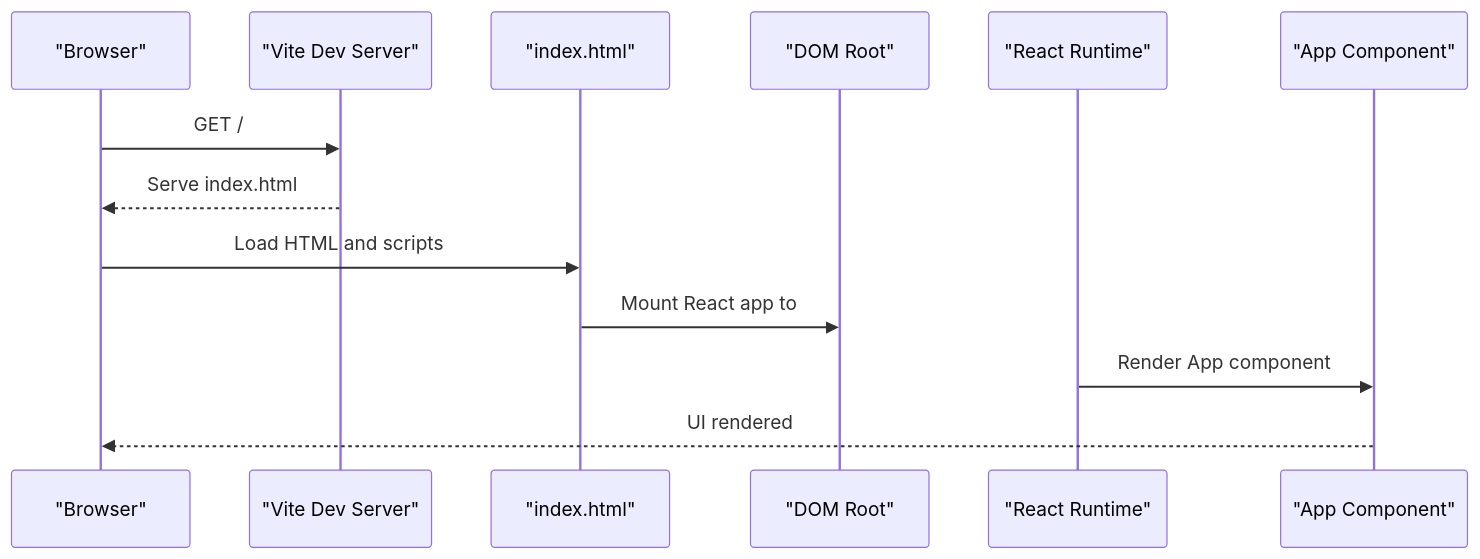
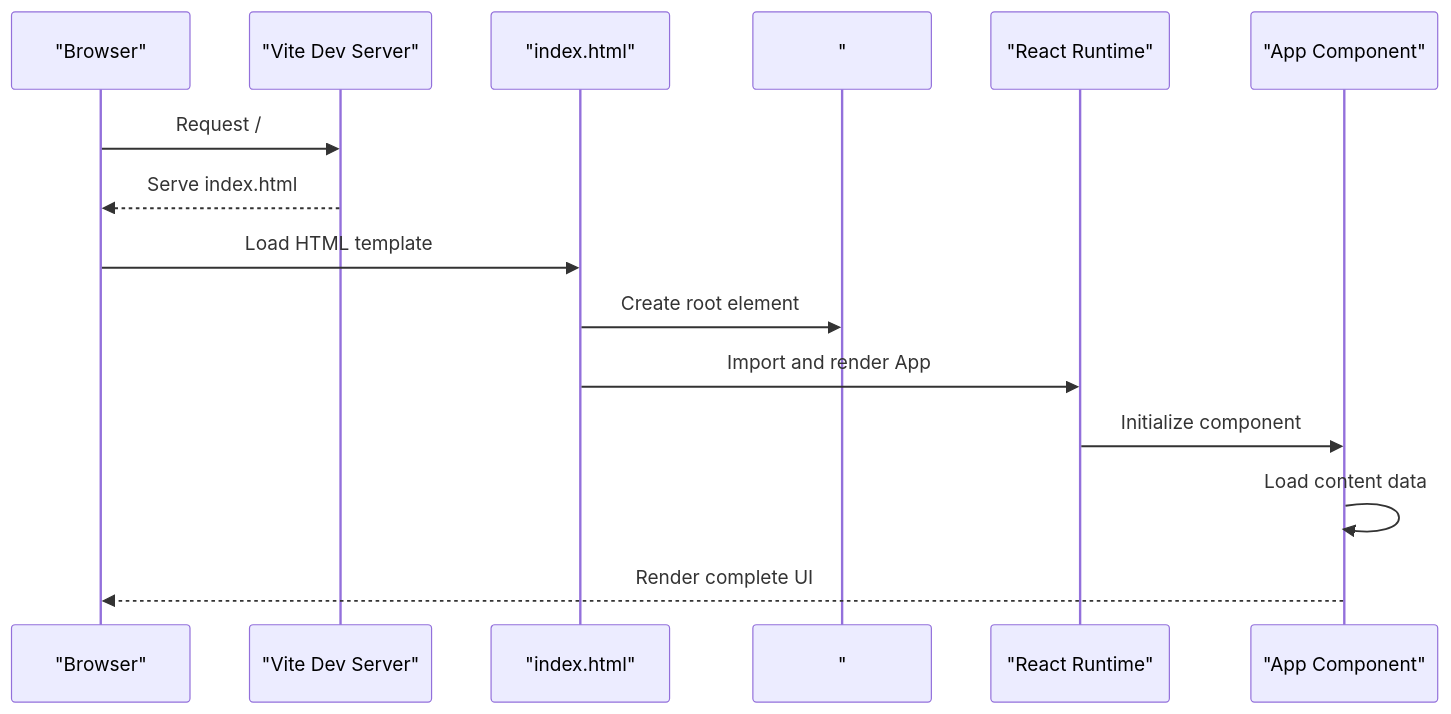
The third of 5 diagrams in .qoder/repowiki/en/content/Server Components.md (rakeshmaity271/frankie-picasso), drawn with Mermaid before and after one commit. The commit also changed other lines of this file and 28 other files, not shown here.

````diff
--- a/.qoder/repowiki/en/content/Server Components.md
+++ b/.qoder/repowiki/en/content/Server Components.md
@@ -112,15 +131,17 @@
 ```mermaid
 sequenceDiagram
 participant Browser as "Browser"
 participant Vite as "Vite Dev Server"
 participant HTML as "index.html"
-participant Root as "DOM Root"
+participant Root as "#root Element"
 participant React as "React Runtime"
 participant App as "App Component"
-Browser->>Vite : GET /
+Browser->>Vite : Request /
 Vite-->>Browser : Serve index.html
-Browser->>HTML : Load HTML and scripts
-HTML->>Root : Mount React app to #root
-React->>App : Render App component
-App-->>Browser : UI rendered
+Browser->>HTML : Load HTML template
+HTML->>Root : Create root element
+HTML->>React : Import and render App
+React->>App : Initialize component
+App->>App : Load content data
+App-->>Browser : Render complete UI
 ```
````
